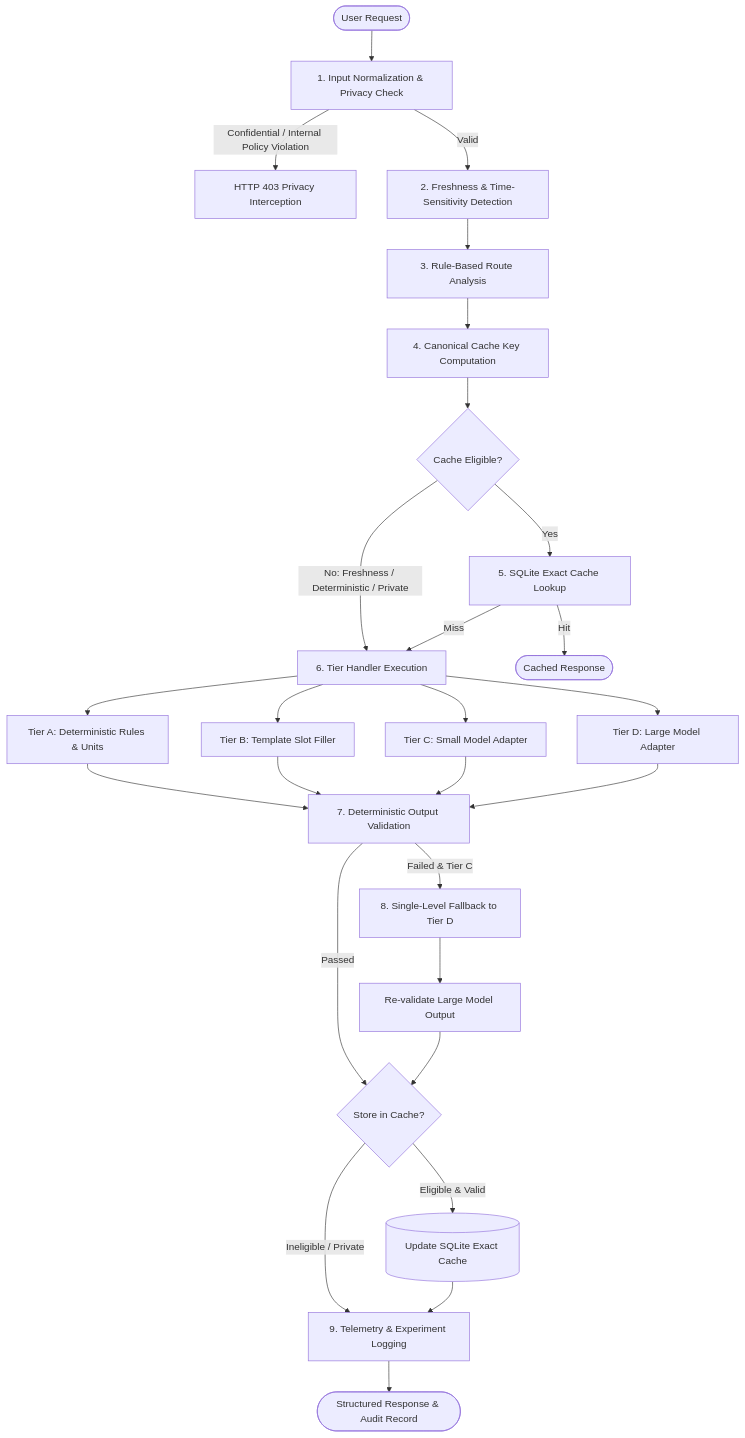
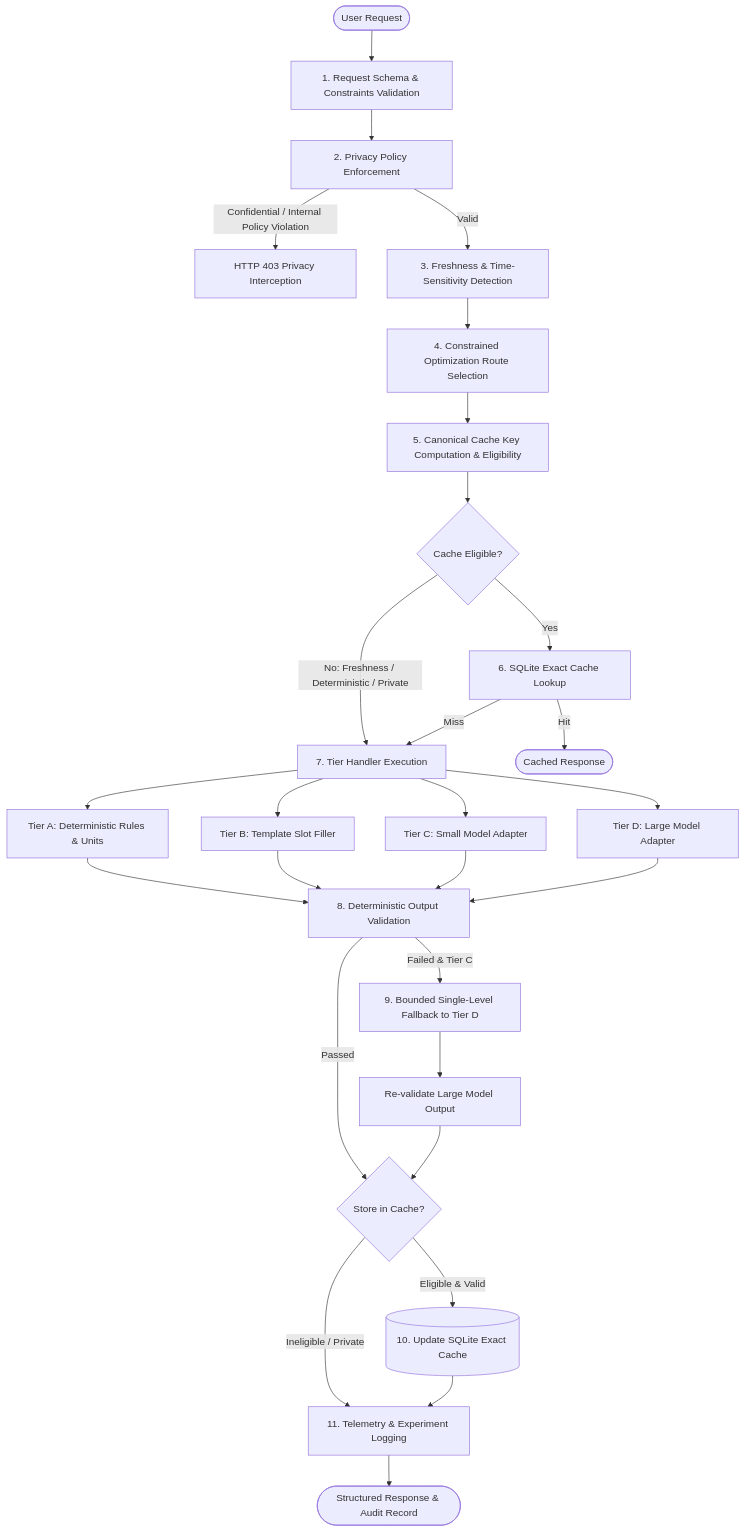
Before and after one commit to navya27-0/InferPath: the diagram in README.md, drawn with Mermaid. The commit also changed other lines of this file and 19 other files, not shown here.

````diff
--- a/README.md
+++ b/README.md
@@ -51,29 +51,30 @@
 ```mermaid
 flowchart TD
-    Req([User Request]) --> Stage1[1. Input Normalization & Privacy Check]
-    Stage1 -->|Confidential / Internal Policy Violation| Block[HTTP 403 Privacy Interception]
-    Stage1 -->|Valid| Stage2[2. Freshness & Time-Sensitivity Detection]
-    Stage2 --> Stage3[3. Rule-Based Route Analysis]
-    Stage3 --> Stage4[4. Canonical Cache Key Computation]
-    Stage4 --> CacheCheck{Cache Eligible?}
-    CacheCheck -->|Yes| CacheLookup[5. SQLite Exact Cache Lookup]
+    Req([User Request]) --> Step1[1. Request Schema & Constraints Validation]
+    Step1 --> Step2[2. Privacy Policy Enforcement]
+    Step2 -->|Confidential / Internal Policy Violation| Block[HTTP 403 Privacy Interception]
+    Step2 -->|Valid| Step3[3. Freshness & Time-Sensitivity Detection]
+    Step3 --> Step4[4. Constrained Optimization Route Selection]
+    Step4 --> Step5[5. Canonical Cache Key Computation & Eligibility]
+    Step5 --> CacheCheck{Cache Eligible?}
+    CacheCheck -->|Yes| CacheLookup[6. SQLite Exact Cache Lookup]
     CacheCheck -->|No: Freshness / Deterministic / Private| TierExec
     CacheLookup -->|Hit| CacheReturn([Cached Response])
-    CacheLookup -->|Miss| TierExec[6. Tier Handler Execution]
+    CacheLookup -->|Miss| TierExec[7. Tier Handler Execution]
     TierExec --> PathA[Tier A: Deterministic Rules & Units]
     TierExec --> PathB[Tier B: Template Slot Filler]
     TierExec --> PathC[Tier C: Small Model Adapter]
     TierExec --> PathD[Tier D: Large Model Adapter]
-    PathA --> Val[7. Deterministic Output Validation]
+    PathA --> Val[8. Deterministic Output Validation]
     PathB --> Val
     PathC --> Val
     PathD --> Val
     Val -->|Passed| CacheStore{Store in Cache?}
-    Val -->|Failed & Tier C| Fallback[8. Single-Level Fallback to Tier D]
+    Val -->|Failed & Tier C| Fallback[9. Bounded Single-Level Fallback to Tier D]
     Fallback --> Val2[Re-validate Large Model Output]
     Val2 --> CacheStore
-    CacheStore -->|Eligible & Valid| SaveCache[(Update SQLite Exact Cache)]
+    CacheStore -->|Eligible & Valid| SaveCache[(10. Update SQLite Exact Cache)]
     CacheStore -->|Ineligible / Private| Telemetry
-    SaveCache --> Telemetry[9. Telemetry & Experiment Logging]
+    SaveCache --> Telemetry[11. Telemetry & Experiment Logging]
     Telemetry --> Resp([Structured Response & Audit Record])
 ```
````
